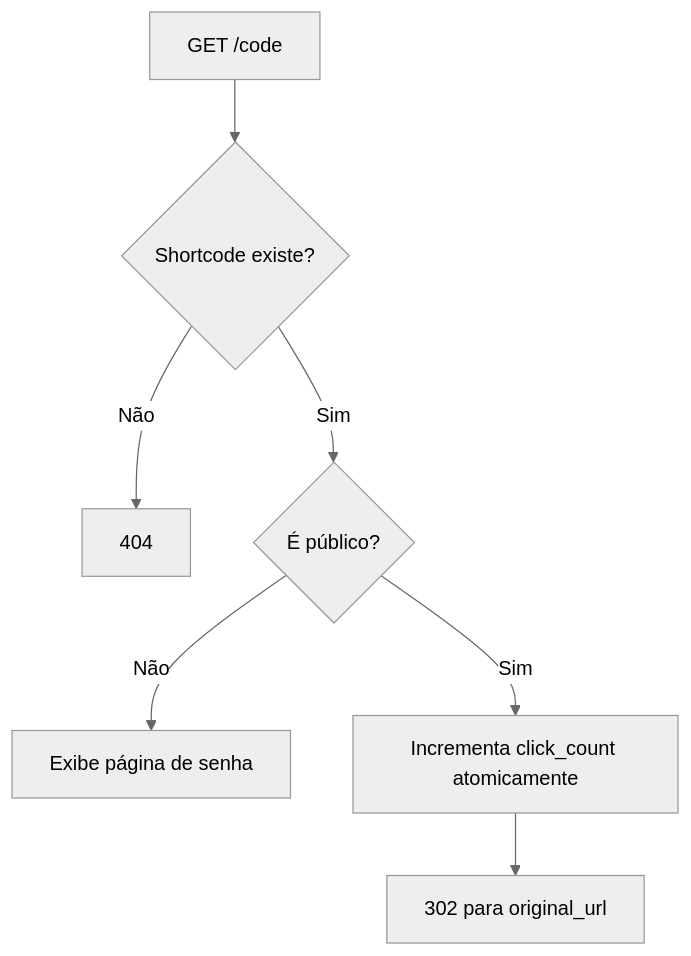
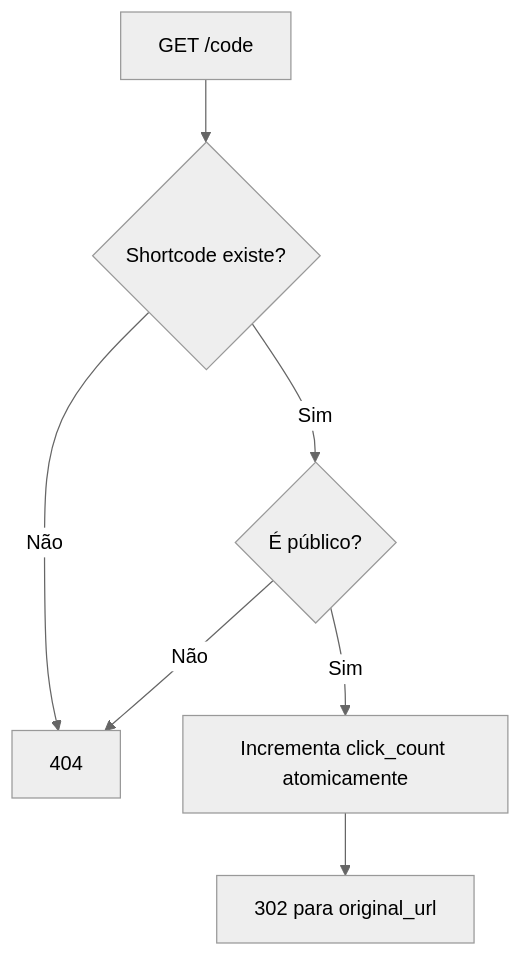
One commit to fredsaggio/shortbit changed the fourth of 6 diagrams in docs/short-links.md. Above: the diagram before and after it, drawn with Mermaid (neutral theme). The commit also changed other lines of this file and 5 other files, not shown here.

````diff
--- a/docs/short-links.md
+++ b/docs/short-links.md
@@ -100,9 +100,9 @@
 ```mermaid
 flowchart TD
     Request[GET /code] --> Find{Shortcode existe?}
     Find -- Não --> NotFound[404]
     Find -- Sim --> Visibility{É público?}
-    Visibility -- Não --> PasswordPage[Exibe página de senha]
+    Visibility -- Não --> NotFound
     Visibility -- Sim --> Increment[Incrementa click_count atomicamente]
     Increment --> Redirect[302 para original_url]
 ```
````
